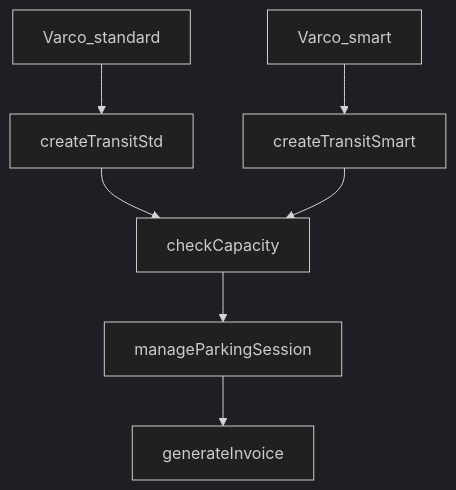
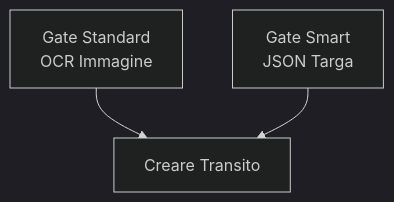
The third of 8 diagrams in README.md (SbattellaMattia/ProgrammazioneAvanzata), drawn with Mermaid (dark theme) before and after one commit. The commit also changed other lines of this file, not shown here.

Commit message:
Refactor use case diagrams and actor definitions

````diff
--- a/README.md
+++ b/README.md
@@ -436,23 +429,13 @@
-```  mermaid
+```mermaid
 flowchart TB
-    %% Attori
-    GateStd["Varco_standard"]
-    GateSmart["Varco_smart"]
+    %% Attori Gate
+    GateStd["Gate Standard<br/>OCR Immagine"]
+    GateSmart["Gate Smart<br/>JSON Targa"]
 
-%% Casi d'uso - Gate (standard / smart)
-    createTransitStd
-    createTransitSmart
-    checkCapacity
-    manageParkingSession
-    generateInvoice
+    %% Casi d'uso condivisi
+    createTransit[Creare Transito]
 
- %% Relazioni Gate → casi d'uso
-    GateStd --> createTransitStd
-    GateSmart --> createTransitSmart
-
-    createTransitStd --> checkCapacity
-    createTransitSmart --> checkCapacity
-
-    checkCapacity --> manageParkingSession
-    manageParkingSession --> generateInvoice
+    %% Relazioni
+    GateStd --> createTransit
+    GateSmart --> createTransit
 ```
````
